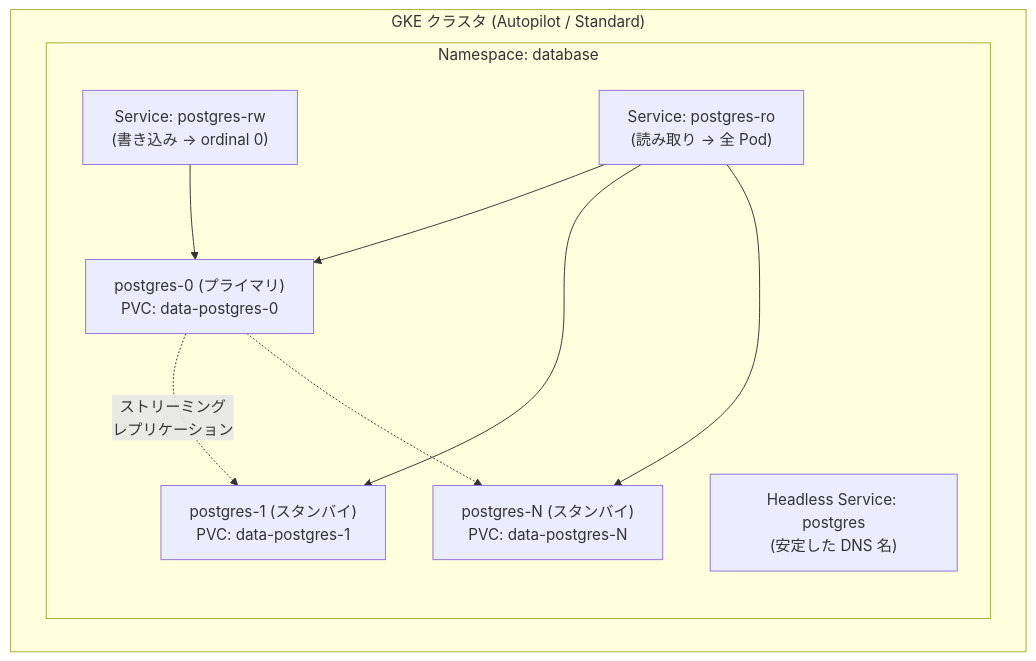
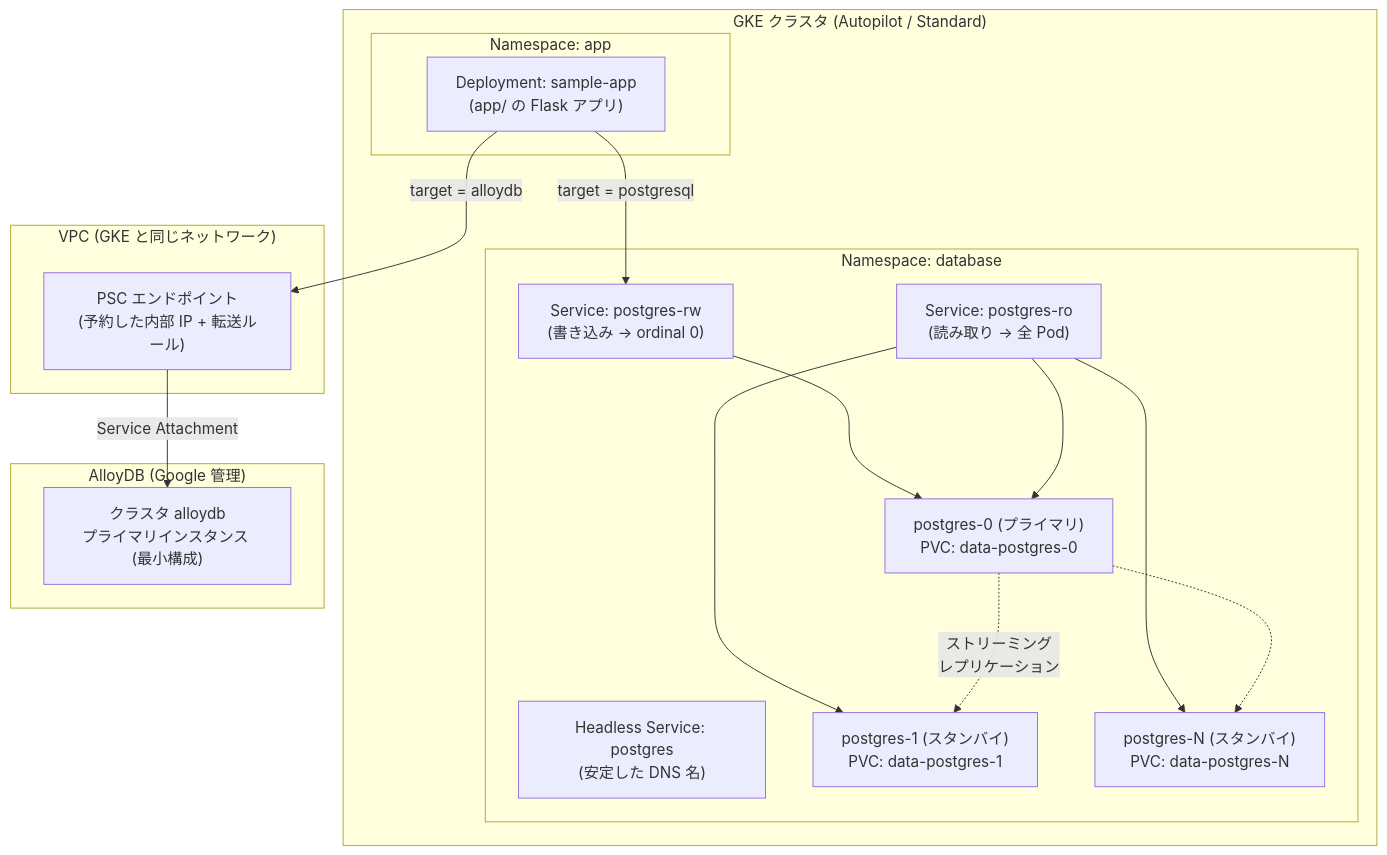
The diagram in README.md (shin5ok/gke-postgresql-statefulset), drawn with Mermaid before and after one commit. The commit also changed other lines of this file and 34 other files, not shown here.

First line of the commit message:
Add AlloyDB support and a sample app that switches between both databases

````diff
--- a/README.md
+++ b/README.md
@@ -127,21 +165,33 @@
 ```mermaid
 flowchart TB
     subgraph GKE["GKE クラスタ (Autopilot / Standard)"]
+        subgraph NSAPP["Namespace: app"]
+            APP["Deployment: sample-app<br/>(app/ の Flask アプリ)"]
+        end
         subgraph NS["Namespace: database"]
             SVC_RW["Service: postgres-rw<br/>(書き込み → ordinal 0)"]
             SVC_RO["Service: postgres-ro<br/>(読み取り → 全 Pod)"]
             SVC_H["Headless Service: postgres<br/>(安定した DNS 名)"]
 
             POD0["postgres-0 (プライマリ)<br/>PVC: data-postgres-0"]
             POD1["postgres-1 (スタンバイ)<br/>PVC: data-postgres-1"]
             POD2["postgres-N (スタンバイ)<br/>PVC: data-postgres-N"]
 
             SVC_RW --> POD0
             SVC_RO --> POD0
             SVC_RO --> POD1
             SVC_RO --> POD2
             POD0 -. "ストリーミング<br/>レプリケーション" .-> POD1
             POD0 -.-> POD2
         end
     end
+    subgraph VPC["VPC (GKE と同じネットワーク)"]
+        PSC["PSC エンドポイント<br/>(予約した内部 IP + 転送ルール)"]
+    end
+    subgraph ADB["AlloyDB (Google 管理)"]
+        INST["クラスタ alloydb<br/>プライマリインスタンス (最小構成)"]
+    end
+    APP -- "target = postgresql" --> SVC_RW
+    APP -- "target = alloydb" --> PSC
+    PSC -- "Service Attachment" --> INST
 ```
````
